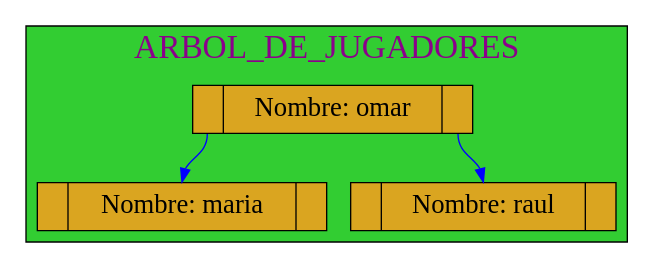
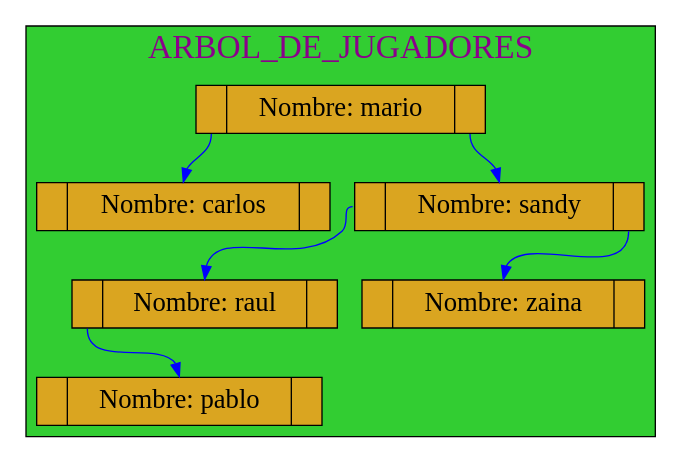
Before and after one commit to mariotun/EDD_1S2020_PY1_201602942: the diagram in Graficas/Arbol_Jugadores.dot, drawn with Graphviz. The commit also changed 16 other files, not shown here.

```diff
--- a/Graficas/Arbol_Jugadores.dot
+++ b/Graficas/Arbol_Jugadores.dot
@@ -1,23 +1,33 @@
 digraph ArbolBB{
 subgraph cluster_1 {
 
 label= "ARBOL_DE_JUGADORES ";
 labelloc=t;
 fontcolor=magenta4;
 fontname=algerian
 fontsize=25;
 style=filled;
 fillcolor=limegreen;
 node[shape=record,height=0.5 style=filled fontcolor=black fillcolor=goldenrod fontsize=20 ];
 
 
-25770475744[label="<f0> |<f1>Nombre: omar |<f2> " ]; 
-25770475952[label="<f0> |<f1>Nombre: maria |<f2>" ]
-25770476352[label="<f0> |<f1>Nombre: raul |<f2>" ]
+25770475776[label="<f0> |<f1>Nombre: mario |<f2> " ]; 
+25770475984[label="<f0> |<f1>Nombre: sandy |<f2>" ]
+25770476512[label="<f0> |<f1>Nombre: carlos |<f2>" ]
+25770476992[label="<f0> |<f1>Nombre: raul |<f2>" ]
+25770476992[label="<f0> |<f1>Nombre: raul |<f2>" ]
+25770477200[label="<f0> |<f1>Nombre: zaina |<f2>" ]
+25770477200[label="<f0> |<f1>Nombre: zaina |<f2>" ]
+25770476288[label="<f0> |<f1>Nombre: pablo |<f2>" ]
+25770476288[label="<f0> |<f1>Nombre: pablo |<f2>" ]
+25770476288[label="<f0> |<f1>Nombre: pablo |<f2>" ]
 
-25770475744:f0->25770475952:f1 [color=blue]
-25770475744:f2->25770476352:f1 [color=blue ]
+25770475776:f2->25770475984:f1 [color=blue ]
+25770475776:f0->25770476512:f1 [color=blue]
+25770475984:f0->25770476992:f1 [color=blue]
+25770475984:f2->25770477200:f1 [color=blue ]
+25770476992:f0->25770476288:f1 [color=blue]
 
  }
 
  }
```
